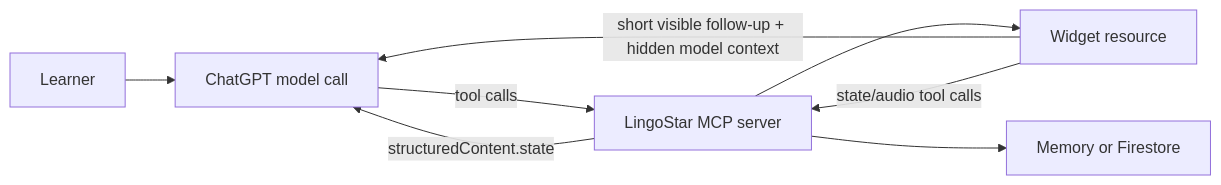
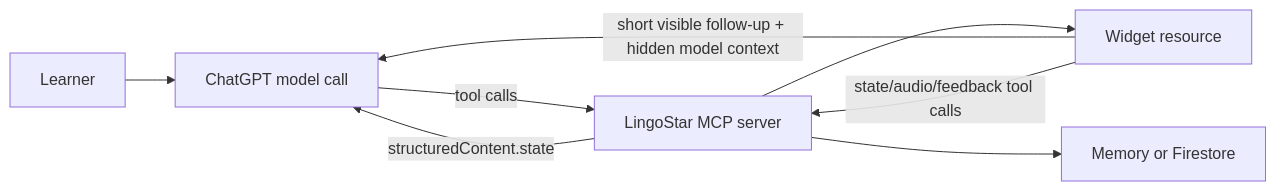
The diagram in docs/gpt-mcp-boundary.md (jeongwoo-gobroad/LingoStar), drawn with Mermaid before and after one commit. The commit also changed other lines of this file and 16 other files, not shown here.

````diff
--- a/docs/gpt-mcp-boundary.md
+++ b/docs/gpt-mcp-boundary.md
@@ -7,10 +7,10 @@
 ```mermaid
 flowchart LR
   User["Learner"] --> GPT["ChatGPT model call"]
   GPT -->|"tool calls"| MCP["LingoStar MCP server"]
   MCP -->|"structuredContent.state"| GPT
   MCP --> Widget["Widget resource"]
   Widget -->|"short visible follow-up + hidden model context"| GPT
-  Widget -->|"state/audio tool calls"| MCP
+  Widget -->|"state/audio/feedback tool calls"| MCP
   MCP --> DB["Memory or Firestore"]
 ```
````
